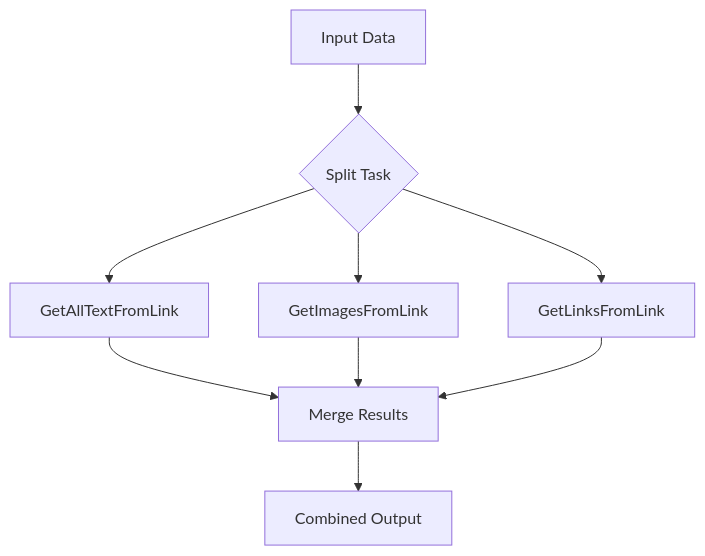
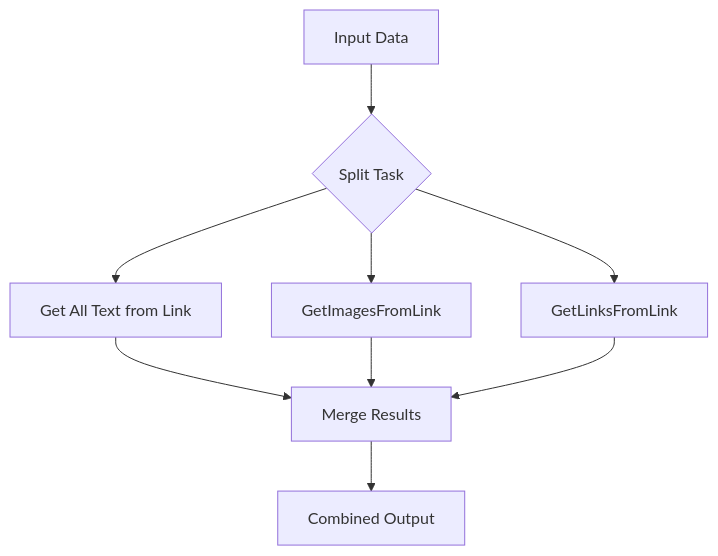
One commit to agentic-com/Agentic-Flow-Doc changed the third of 4 diagrams in src/content/docs/advanced-ai/concepts/tool-selection.mdx. Above: the diagram before and after it, drawn with Mermaid. The commit also changed other lines of this file and 186 other files, not shown here.

````diff
--- a/src/content/docs/advanced-ai/concepts/tool-selection.mdx
+++ b/src/content/docs/advanced-ai/concepts/tool-selection.mdx
@@ -103,11 +103,11 @@
 ```mermaid
 graph TD
     Start[Input Data] --> Split{Split Task}
-    Split --> Tool1[GetAllTextFromLink]
+    Split --> Tool1[Get All Text from Link]
     Split --> Tool2[GetImagesFromLink]
     Split --> Tool3[GetLinksFromLink]
     Tool1 --> Merge[Merge Results]
     Tool2 --> Merge
     Tool3 --> Merge
     Merge --> Final[Combined Output]
 ```
````
